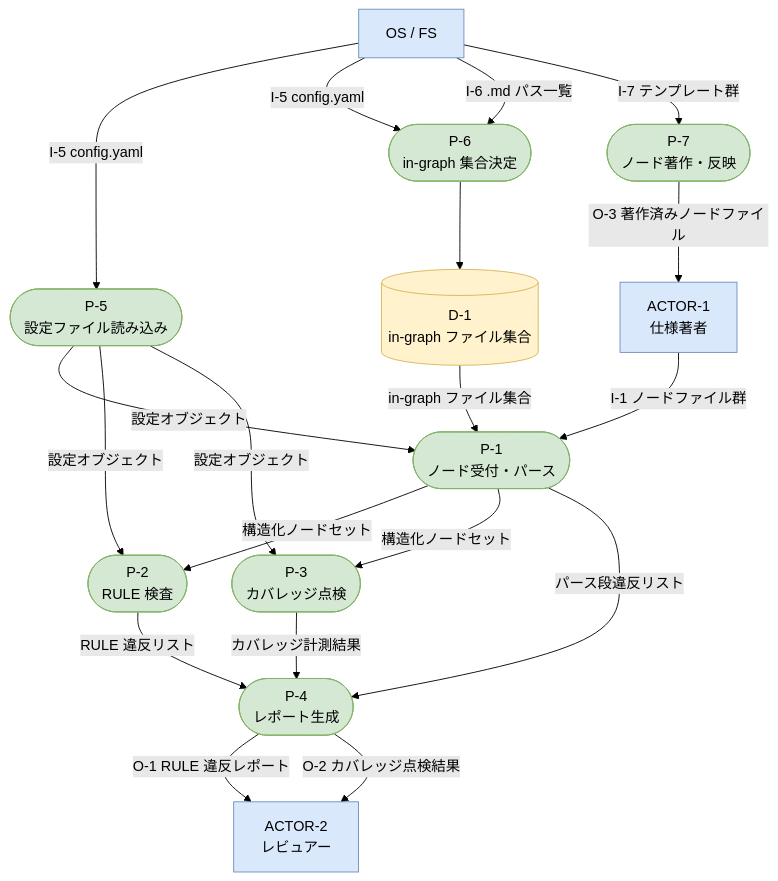
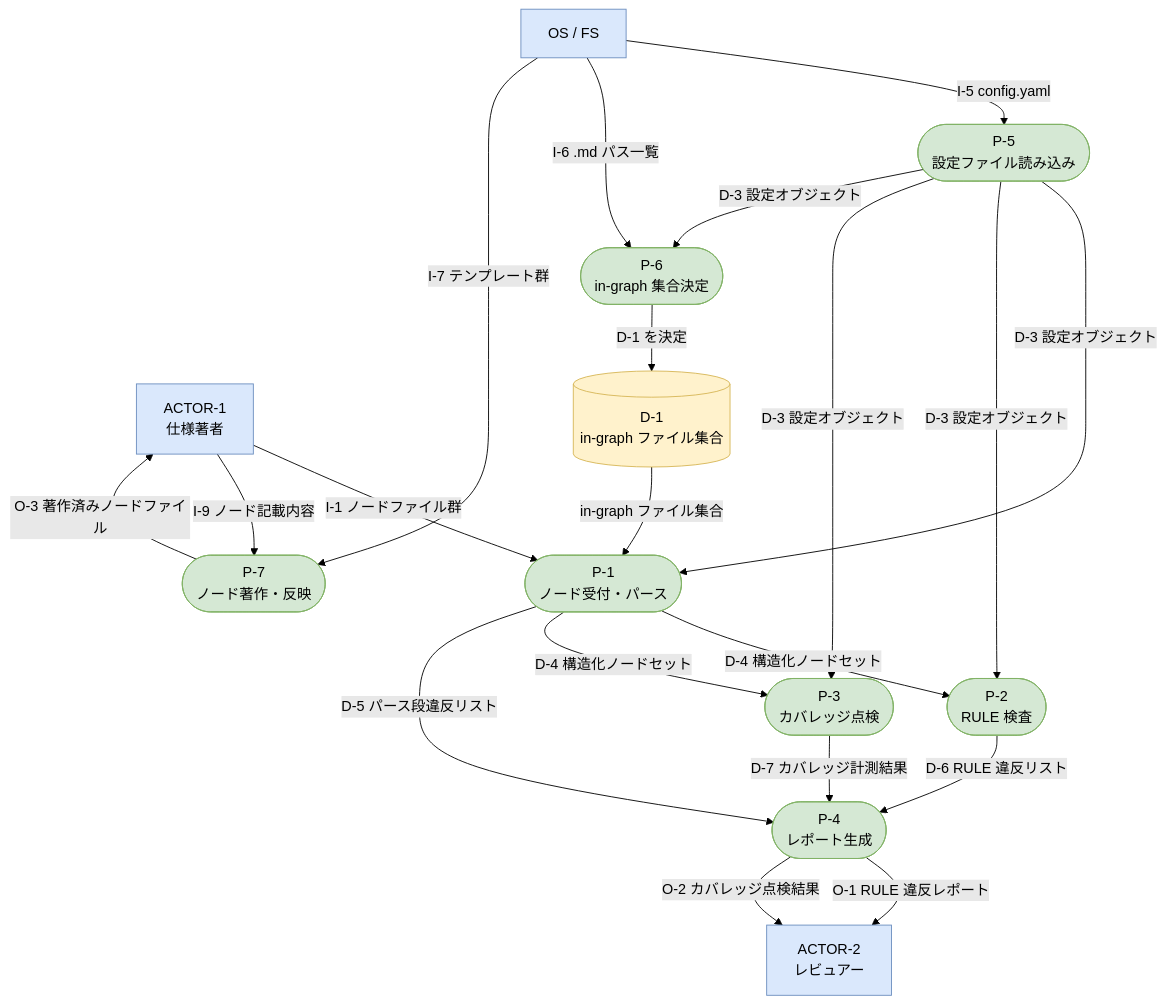
Before and after one commit to hiratashinnya/review-system: the second of 5 diagrams in doc-system/03-analysis/00-dfd.md, drawn with Mermaid (forest theme). The commit also changed other lines of this file and 9 other files, not shown here.

````diff
--- a/doc-system/03-analysis/00-dfd.md
+++ b/doc-system/03-analysis/00-dfd.md
@@ -43,47 +45,48 @@
 ```mermaid
 flowchart TD
   classDef ext   fill:#dae8fc,stroke:#6c8ebf,color:#000
   classDef proc  fill:#d5e8d4,stroke:#82b366,color:#000
   classDef store fill:#fff2cc,stroke:#d6b656,color:#000
 
   %% 外部エンティティ
   ACTOR1["ACTOR-1\n仕様著者"]:::ext
   ACTOR2["ACTOR-2\nレビュアー"]:::ext
   FS["OS / FS"]:::ext
 
   %% データストア
   D1[("D-1\nin-graph ファイル集合")]:::store
 
   %% プロセス
   P5(["P-5\n設定ファイル読み込み"]):::proc
   P6(["P-6\nin-graph 集合決定"]):::proc
   P1(["P-1\nノード受付・パース"]):::proc
   P2(["P-2\nRULE 検査"]):::proc
   P3(["P-3\nカバレッジ点検"]):::proc
   P4(["P-4\nレポート生成"]):::proc
   P7(["P-7\nノード著作・反映"]):::proc
 
-  %% データフロー — 前処理
+  %% 前処理 — 設定は P-5 が読み D-3 として配布
   FS      -->|"I-5 config.yaml"| P5
-  FS      -->|"I-5 config.yaml"| P6
+  P5      -->|"D-3 設定オブジェクト"| P1
+  P5      -->|"D-3 設定オブジェクト"| P2
+  P5      -->|"D-3 設定オブジェクト"| P3
+  P5      -->|"D-3 設定オブジェクト"| P6
   FS      -->|"I-6 .md パス一覧"| P6
-  P5      -->|"設定オブジェクト"| P1
-  P5      -->|"設定オブジェクト"| P2
-  P5      -->|"設定オブジェクト"| P3
-  P6      --> D1
+  P6      -->|"D-1 を決定"| D1
   D1      -->|"in-graph ファイル集合"| P1
 
-  %% データフロー — 点検パイプライン
+  %% 点検パイプライン
   ACTOR1  -->|"I-1 ノードファイル群"| P1
-  P1      -->|"構造化ノードセット"| P2
-  P1      -->|"構造化ノードセット"| P3
-  P1      -->|"パース段違反リスト"| P4
-  P2      -->|"RULE 違反リスト"| P4
-  P3      -->|"カバレッジ計測結果"| P4
+  P1      -->|"D-4 構造化ノードセット"| P2
+  P1      -->|"D-4 構造化ノードセット"| P3
+  P1      -->|"D-5 パース段違反リスト"| P4
+  P2      -->|"D-6 RULE 違反リスト"| P4
+  P3      -->|"D-7 カバレッジ計測結果"| P4
   P4      -->|"O-1 RULE 違反レポート"| ACTOR2
   P4      -->|"O-2 カバレッジ点検結果"| ACTOR2
 
-  %% データフロー — 著作パイプライン
+  %% 著作パイプライン
   FS      -->|"I-7 テンプレート群"| P7
+  ACTOR1  -->|"I-9 ノード記載内容"| P7
   P7      -->|"O-3 著作済みノードファイル"| ACTOR1
 ```
````
